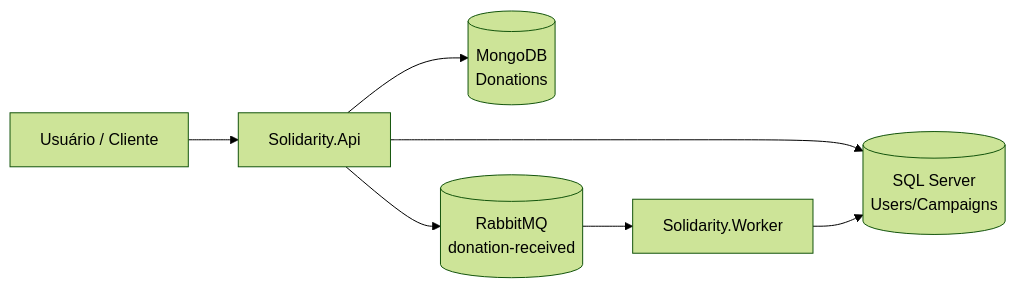
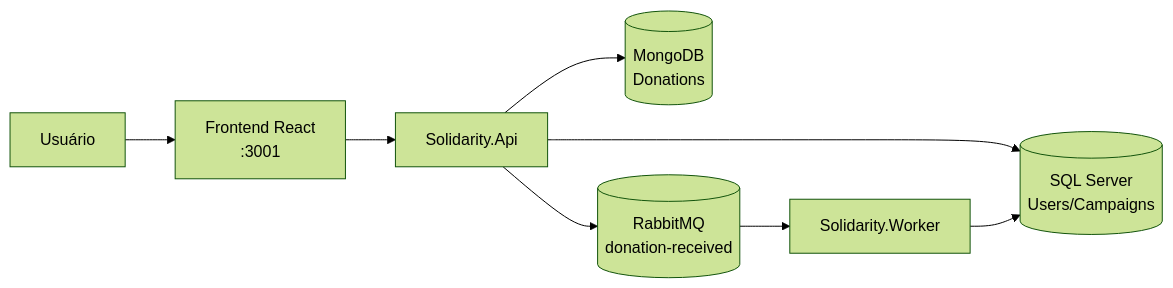
One commit to pedrojeromel/SolidarityConnection changed the first of 2 diagrams in README.md. Above: the diagram before and after it, drawn with Mermaid (forest theme). The commit also changed other lines of this file and 40 other files, not shown here.

First line of the commit message:
@ Adiciona frontend React e habilita CORS na API

````diff
--- a/README.md
+++ b/README.md
@@ -13,9 +13,10 @@
 ```mermaid
 flowchart LR
-    U[Usuário / Cliente] --> API[Solidarity.Api]
+    U[Usuário] --> FRONT[Frontend React<br/>:3001]
+    FRONT --> API[Solidarity.Api]
     API --> SQL[(SQL Server<br/>Users/Campaigns)]
     API --> MONGO[(MongoDB<br/>Donations)]
     API --> MQ[(RabbitMQ<br/>donation-received)]
     MQ --> WORKER[Solidarity.Worker]
     WORKER --> SQL
 ```
````
